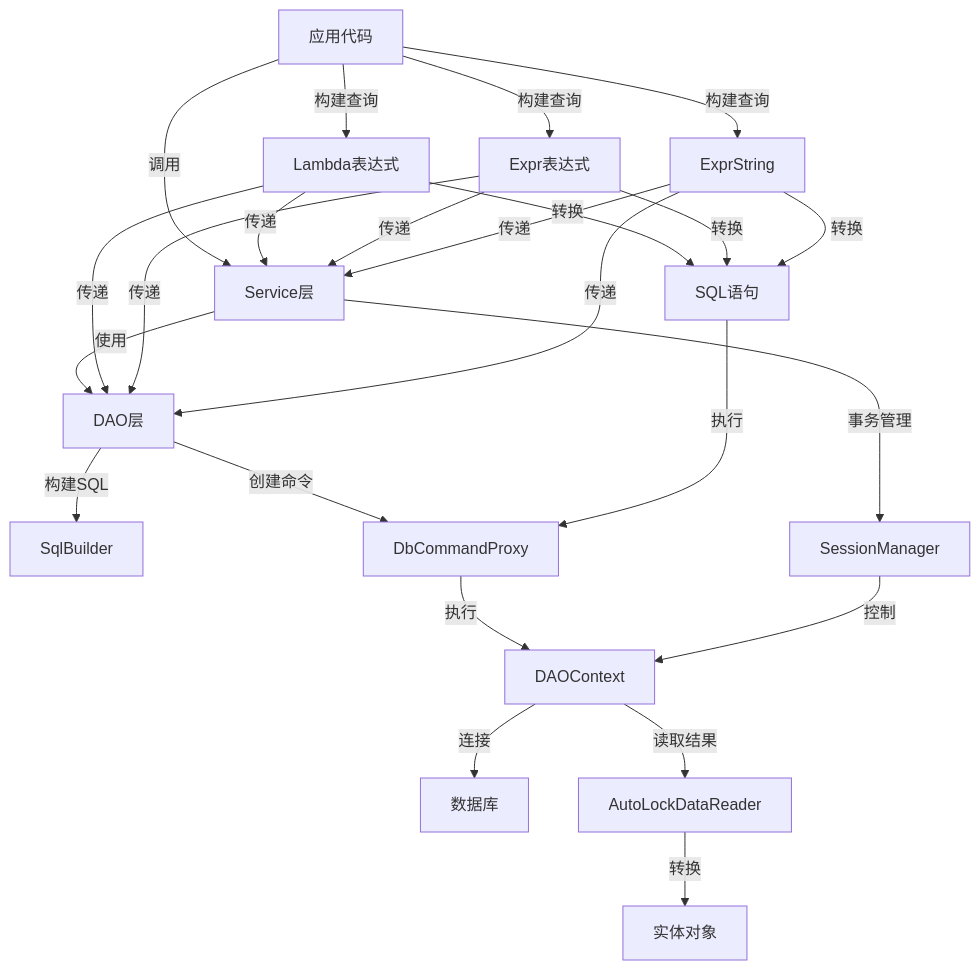
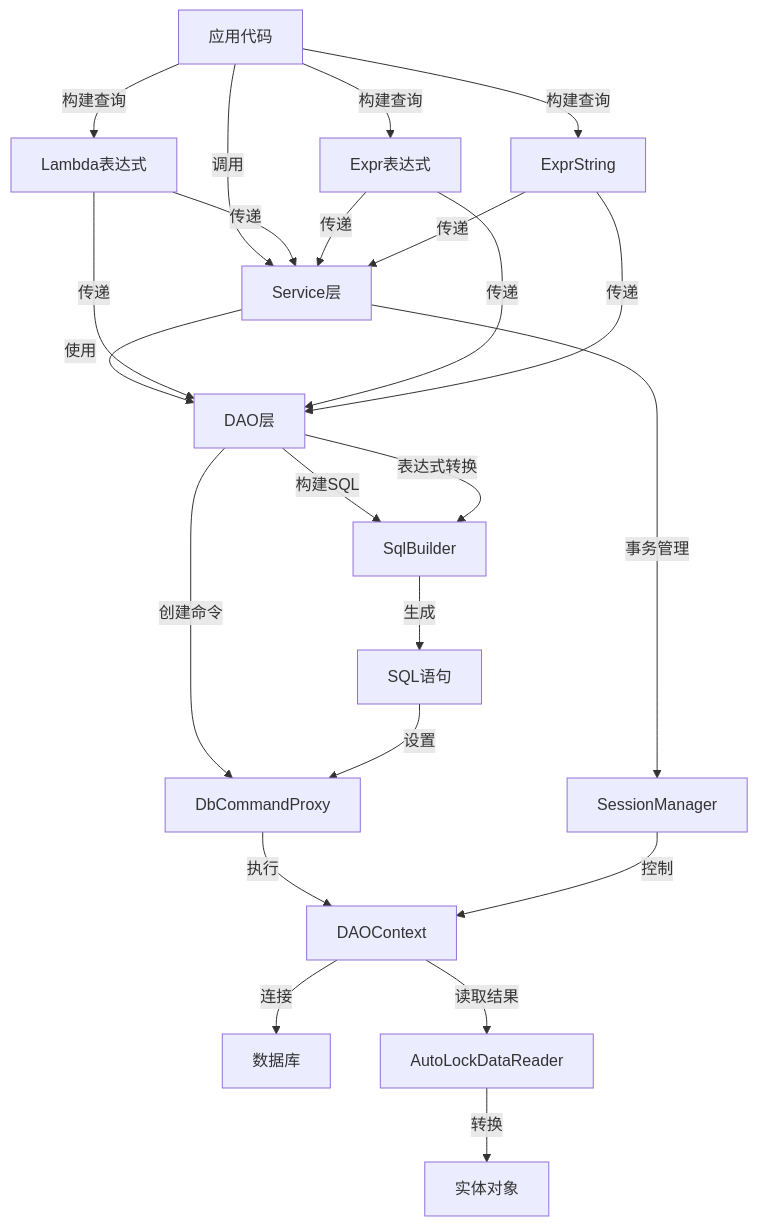
The diagram in CODE_WIKI.md (danjiewu/LiteOrm), drawn with Mermaid before and after one commit. The commit also changed other lines of this file, not shown here.

````diff
--- a/CODE_WIKI.md
+++ b/CODE_WIKI.md
@@ -99,26 +99,25 @@
 ```mermaid
 flowchart TD
     A[应用代码] -->|调用| B[Service层]
     B -->|使用| C[DAO层]
     C -->|构建SQL| D[SqlBuilder]
     C -->|创建命令| J[DbCommandProxy]
     J -->|执行| E[DAOContext]
     E -->|连接| F[数据库]
     E -->|读取结果| K[AutoLockDataReader]
     K -->|转换| L[实体对象]
     A -->|构建查询| G1[Lambda表达式]
     A -->|构建查询| G2[Expr表达式]
     A -->|构建查询| G3[ExprString]
-    G1 -->|转换| H[SQL语句]
-    G2 -->|转换| H
-    G3 -->|转换| H
     G1 -->|传递| B
     G2 -->|传递| B
     G3 -->|传递| B
     G1 -->|传递| C
     G2 -->|传递| C
     G3 -->|传递| C
-    H -->|执行| J
+    C -->|表达式转换| D
+    D -->|生成| H[SQL语句]
+    H -->|设置| J
     B -->|事务管理| I[SessionManager]
     I -->|控制| E
 ```
````
